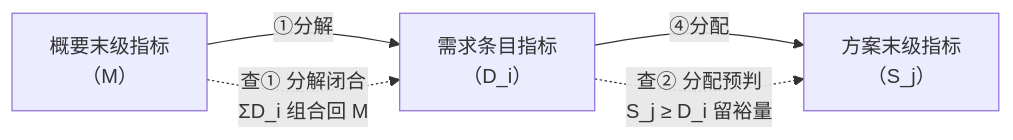
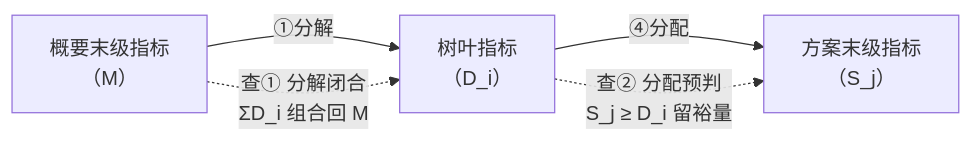
Before and after one commit to Yongjunzhou/AOS-system-design: the fifth of 5 diagrams in 50-research/03-架构师是个怎样的物种/06-第6章-设计开发落地-需求与方案结对.md, drawn with Mermaid. The commit also changed other lines of this file and 15 other files, not shown here.

````diff
--- a/50-research/03-架构师是个怎样的物种/06-第6章-设计开发落地-需求与方案结对.md
+++ b/50-research/03-架构师是个怎样的物种/06-第6章-设计开发落地-需求与方案结对.md
@@ -869,7 +924,7 @@
 ```mermaid
 flowchart LR
-    M["概要末级指标<br/>（M）"] -->|"①分解"| D["需求条目指标<br/>（D_i）"]
+    M["概要末级指标<br/>（M）"] -->|"①分解"| D["树叶指标<br/>（D_i）"]
     D -->|"④分配"| S["方案末级指标<br/>（S_j）"]
     M -.->|"查① 分解闭合<br/>ΣD_i 组合回 M"| D
     D -.->|"查② 分配预判<br/>S_j ≥ D_i 留裕量"| S
 ```
````
